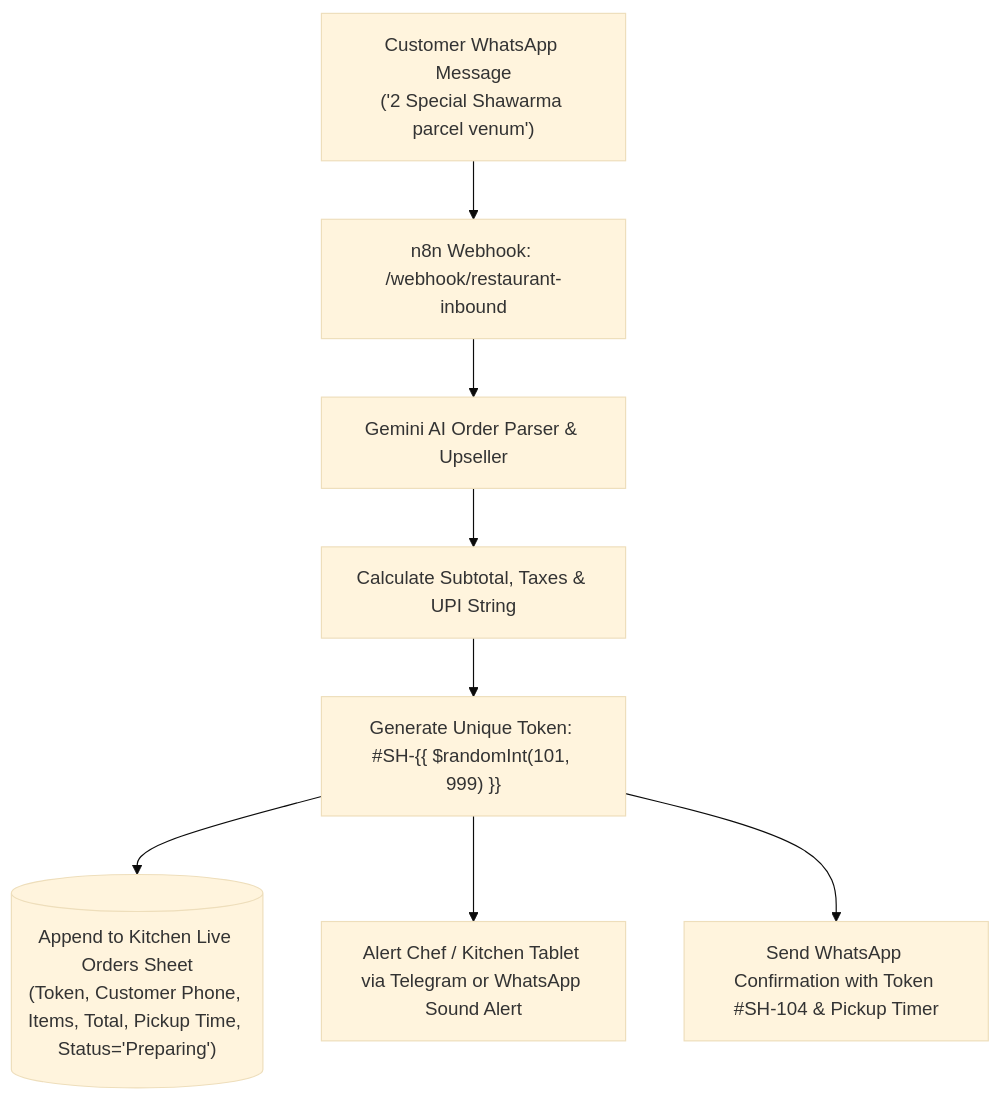
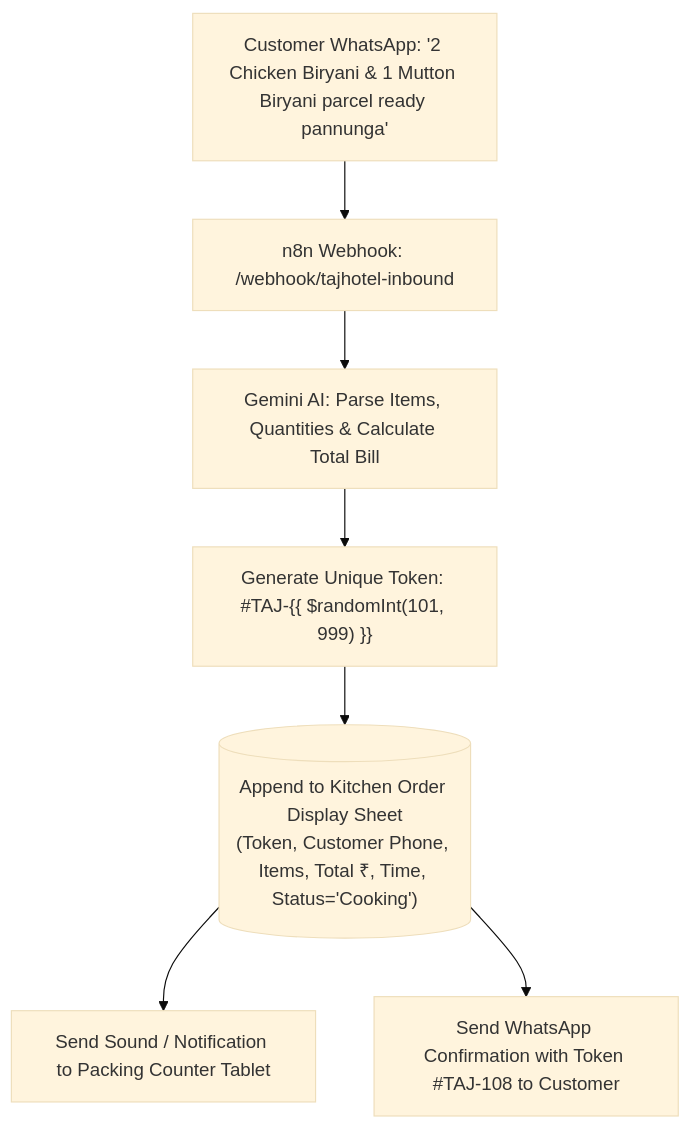
Before and after one commit to sureshkumar20133151-arch/n8n: the diagram in project/06_restaurant_whatsapp_agent/PRD_AND_PROMPTS.md, drawn with Mermaid (base theme). The commit also changed other lines of this file and 4 other files, not shown here.

Commit message:
feat: add Annamaliyar Oil Store inventory, Taj Hotel Madurai Biryani menu, and interactive multi-persona switch web page

````diff
--- a/project/06_restaurant_whatsapp_agent/PRD_AND_PROMPTS.md
+++ b/project/06_restaurant_whatsapp_agent/PRD_AND_PROMPTS.md
@@ -92,10 +102,9 @@
 ```mermaid
 flowchart TD
-    Inbound["Customer WhatsApp Message\n('2 Special Shawarma parcel venum')"] --> Webhook["n8n Webhook: /webhook/restaurant-inbound"]
-    Webhook --> Gemini["Gemini AI Order Parser & Upseller"]
-    Gemini --> Calc["Calculate Subtotal, Taxes & UPI String"]
-    Calc --> Token["Generate Unique Token: #SH-{{ $randomInt(101, 999) }}"]
-    Token --> KitchenSheet[("Append to Kitchen Live Orders Sheet\n(Token, Customer Phone, Items, Total, Pickup Time, Status='Preparing')")]
-    Token --> KitchenAlert["Alert Chef / Kitchen Tablet via Telegram or WhatsApp Sound Alert"]
-    Token --> CustomerReply["Send WhatsApp Confirmation with Token #SH-104 & Pickup Timer"]
+    CustomerMsg["Customer WhatsApp: '2 Chicken Biryani & 1 Mutton Biryani parcel ready pannunga'"] --> Webhook["n8n Webhook: /webhook/tajhotel-inbound"]
+    Webhook --> Gemini["Gemini AI: Parse Items, Quantities & Calculate Total Bill"]
+    Gemini --> GenToken["Generate Unique Token: #TAJ-{{ $randomInt(101, 999) }}"]
+    GenToken --> KitchenLog[("Append to Kitchen Order Display Sheet\n(Token, Customer Phone, Items, Total ₹, Time, Status='Cooking')")]
+    KitchenLog --> KitchenNotification["Send Sound / Notification to Packing Counter Tablet"]
+    KitchenLog --> WhatsAppConfirm["Send WhatsApp Confirmation with Token #TAJ-108 to Customer"]
 ```
````
